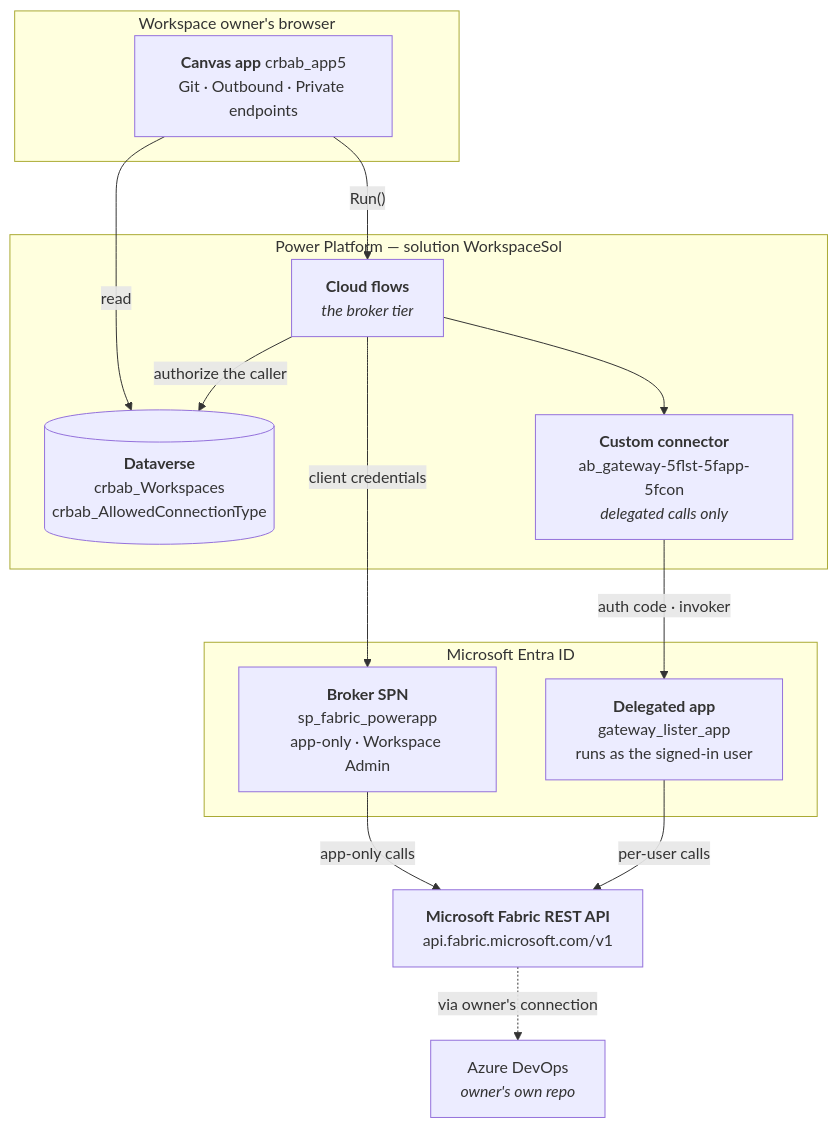
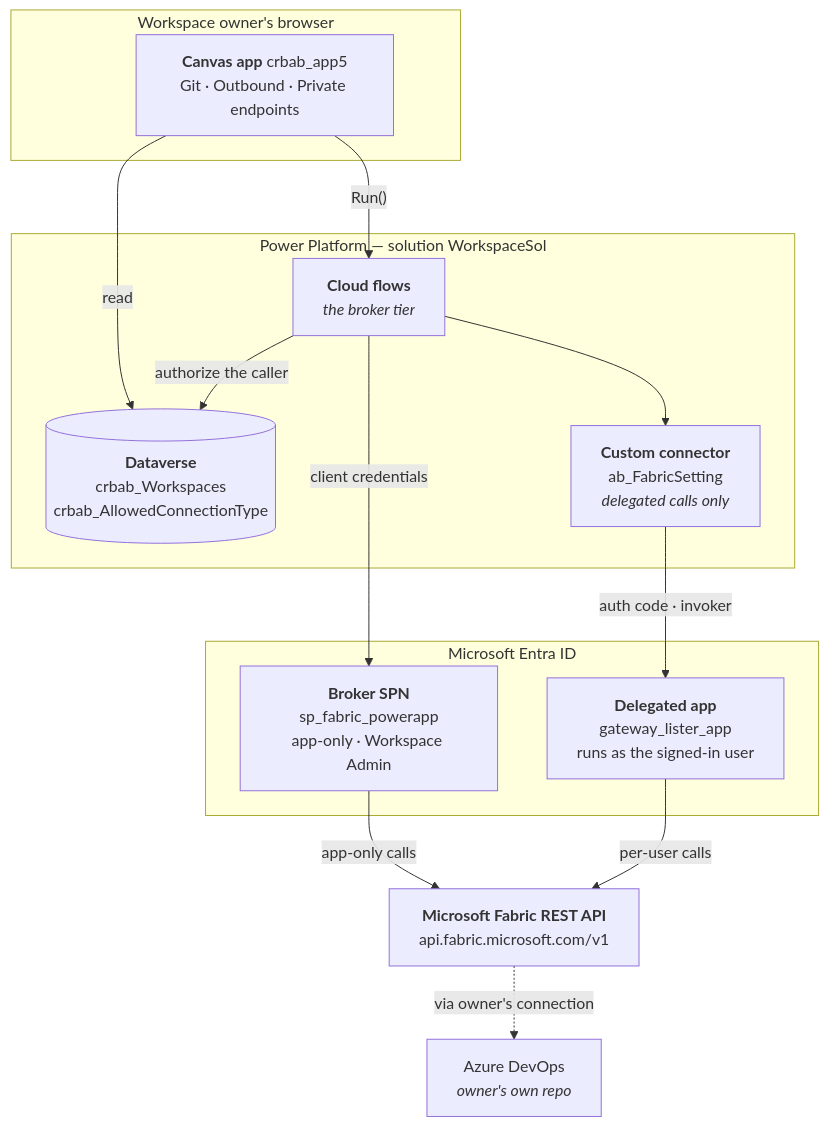
Before and after one commit to velniaszs/Fabric_Workspace_Settings: the first of 5 diagrams in workspace-settings/ARCHITECTURE.md, drawn with Mermaid. The commit also changed other lines of this file and 13 other files, not shown here.

Commit message:
rename custom connector

````diff
--- a/workspace-settings/ARCHITECTURE.md
+++ b/workspace-settings/ARCHITECTURE.md
@@ -62,30 +62,30 @@
 ```mermaid
 flowchart TB
     subgraph client["Workspace owner's browser"]
         APP["<b>Canvas app</b> crbab_app5<br/>Git · Outbound · Private endpoints"]
     end
 
     subgraph pp["Power Platform — solution WorkspaceSol"]
         DV[("<b>Dataverse</b><br/>crbab_Workspaces<br/>crbab_AllowedConnectionType")]
         FLOWS["<b>Cloud flows</b><br/><i>the broker tier</i>"]
-        CONN["<b>Custom connector</b><br/>ab_gateway-5flst-5fapp-5fcon<br/><i>delegated calls only</i>"]
+        CONN["<b>Custom connector</b><br/>ab_FabricSetting<br/><i>delegated calls only</i>"]
     end
 
     subgraph entra["Microsoft Entra ID"]
         SPNA["<b>Broker SPN</b><br/>sp_fabric_powerapp<br/>app-only · Workspace Admin"]
         DELEG["<b>Delegated app</b><br/>gateway_lister_app<br/>runs as the signed-in user"]
     end
 
     FABRIC["<b>Microsoft Fabric REST API</b><br/>api.fabric.microsoft.com/v1"]
     ADO["Azure DevOps<br/><i>owner's own repo</i>"]
 
     APP -->|"Run()"| FLOWS
     APP -->|read| DV
     FLOWS -->|"authorize the caller"| DV
     FLOWS -->|"client credentials"| SPNA
     FLOWS --> CONN
     CONN -->|"auth code · invoker"| DELEG
     SPNA -->|"app-only calls"| FABRIC
     DELEG -->|"per-user calls"| FABRIC
     FABRIC -.->|"via owner's connection"| ADO
 ```
````
